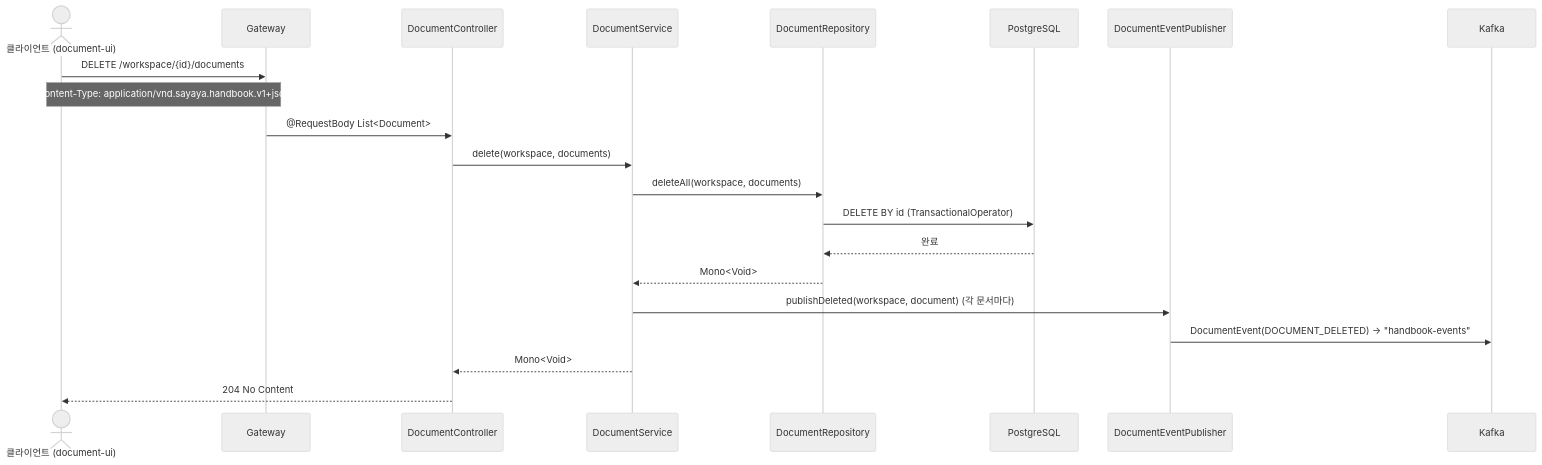
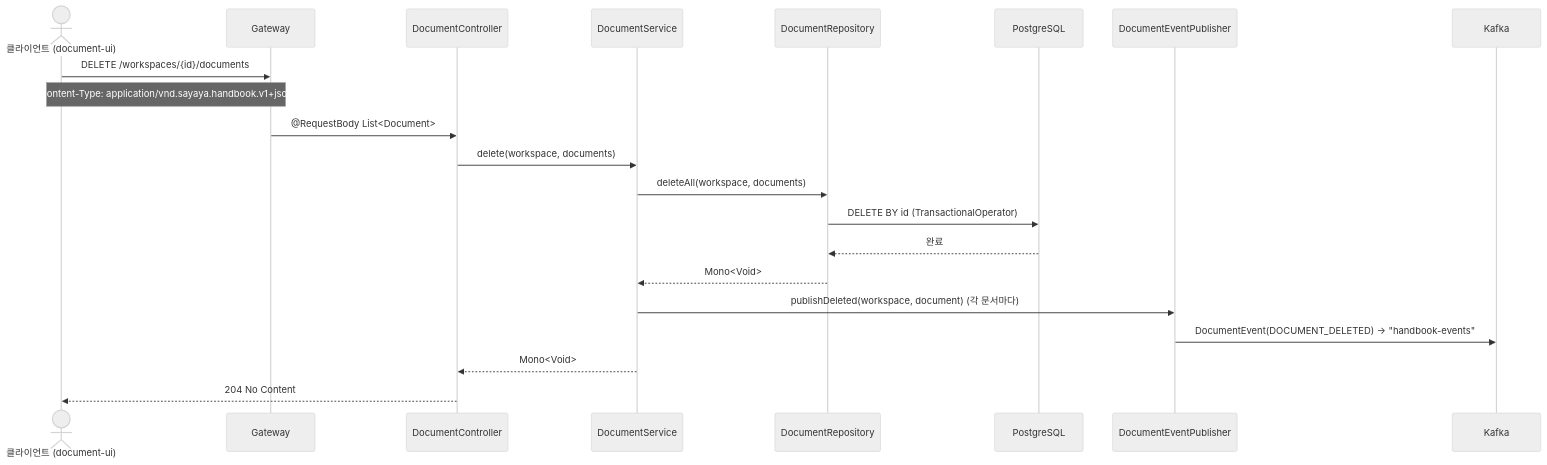
The second of 6 diagrams in document-command/USECASE.md (sayaya1090/handbook), drawn with Mermaid (neutral theme) before and after one commit. The commit also changed other lines of this file and 58 other files, not shown here.

````diff
--- a/document-command/USECASE.md
+++ b/document-command/USECASE.md
@@ -37,24 +37,24 @@
 ```mermaid
 sequenceDiagram
     actor Client as 클라이언트 (document-ui)
     participant GW as Gateway
     participant Ctrl as DocumentController
     participant Svc as DocumentService
     participant Repo as DocumentRepository
     participant DB as PostgreSQL
     participant Pub as DocumentEventPublisher
     participant Kafka as Kafka
 
-    Client->>GW: DELETE /workspace/{id}/documents
+    Client->>GW: DELETE /workspaces/{id}/documents
     Note over Client,GW: Content-Type: application/vnd.sayaya.handbook.v1+json
     GW->>Ctrl: @RequestBody List<Document>
     Ctrl->>Svc: delete(workspace, documents)
     Svc->>Repo: deleteAll(workspace, documents)
     Repo->>DB: DELETE BY id (TransactionalOperator)
     DB-->>Repo: 완료
     Repo-->>Svc: Mono<Void>
     Svc->>Pub: publishDeleted(workspace, document) (각 문서마다)
     Pub->>Kafka: DocumentEvent(DOCUMENT_DELETED) → "handbook-events"
     Svc-->>Ctrl: Mono<Void>
     Ctrl-->>Client: 204 No Content
 ```
````
